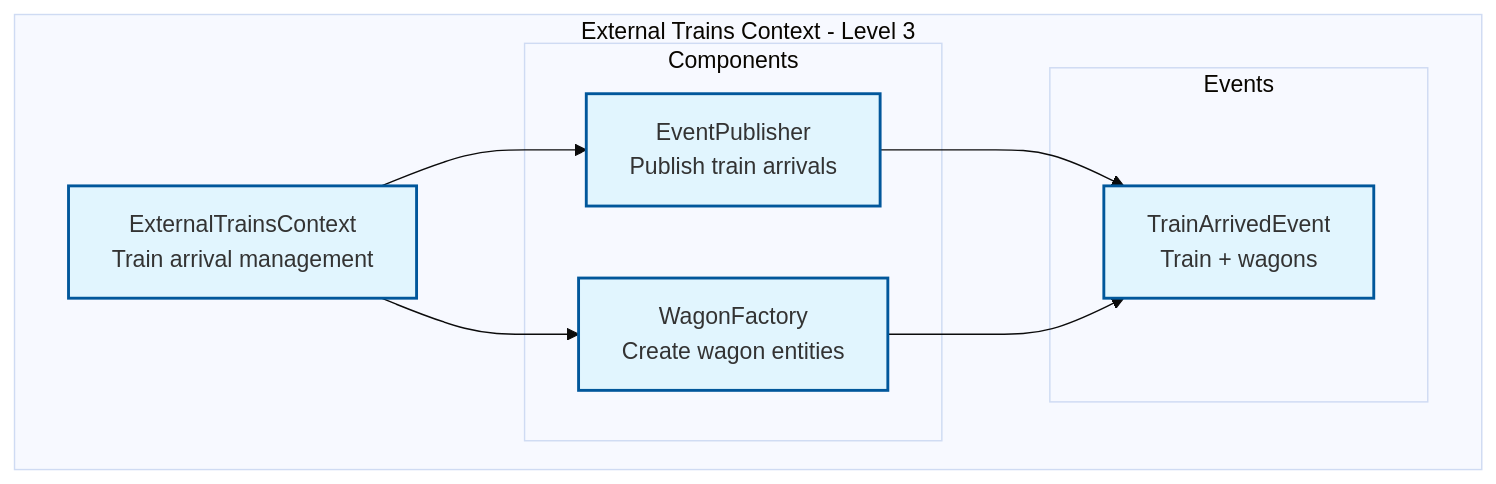
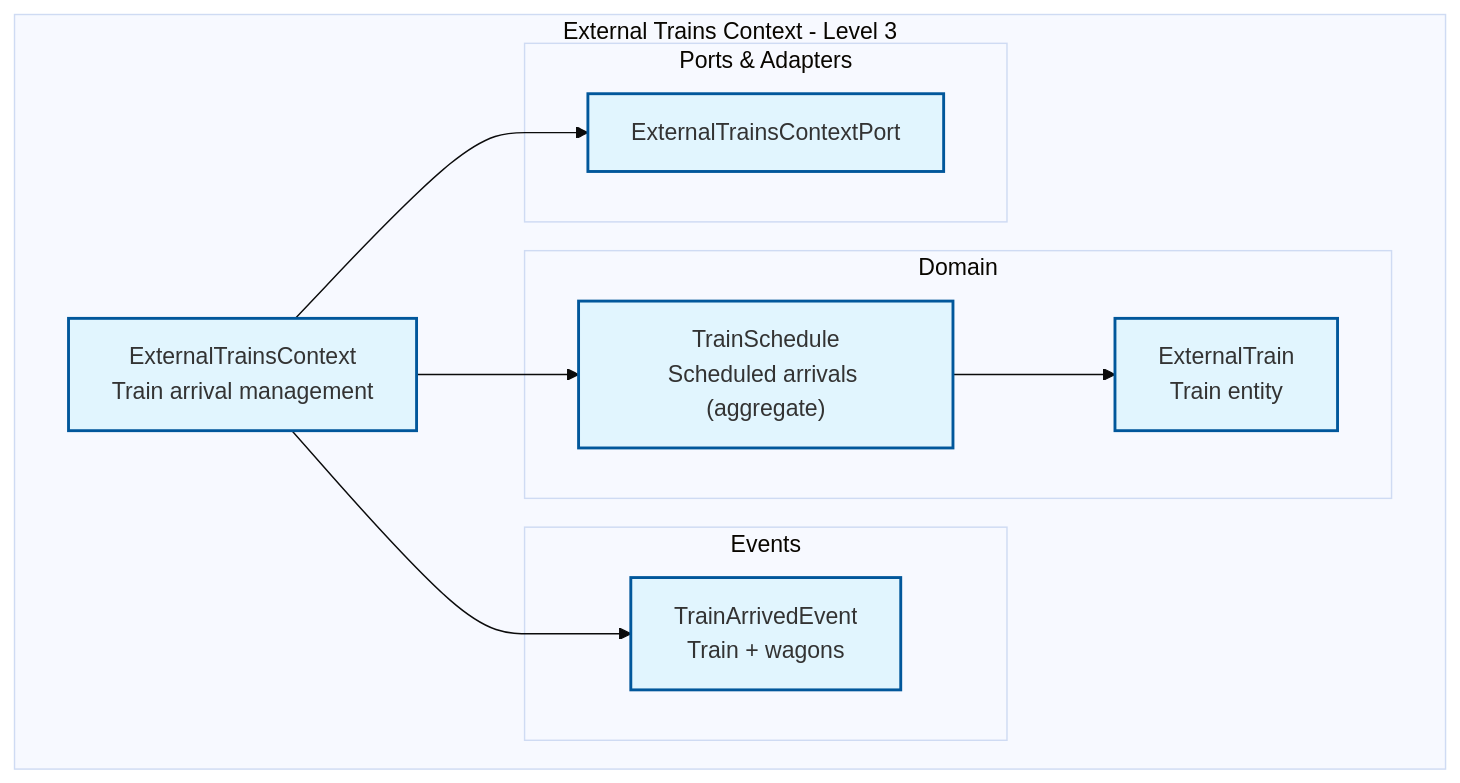
One commit to OpenRailAssociation/dac-migration-dss-popupsim changed the fifth of 7 diagrams in docs/mvp/architecture/05a-level3-implementation.md. Above: the diagram before and after it, drawn with Mermaid (base theme). The commit also changed other lines of this file and 73 other files, not shown here.

````diff
--- a/docs/mvp/architecture/05a-level3-implementation.md
+++ b/docs/mvp/architecture/05a-level3-implementation.md
@@ -255,24 +282,28 @@
 ```mermaid
 graph TB
     subgraph "External Trains Context - Level 3"
         Context["ExternalTrainsContext<br/>Train arrival management"]
         
-        subgraph "Components"
-            Publisher["EventPublisher<br/>Publish train arrivals"]
-            Factory["WagonFactory<br/>Create wagon entities"]
+        subgraph "Domain"
+            Schedule["TrainSchedule<br/>Scheduled arrivals (aggregate)"]
+            Train["ExternalTrain<br/>Train entity"]
         end
         
         subgraph "Events"
             TrainEvent["TrainArrivedEvent<br/>Train + wagons"]
         end
+
+        subgraph "Ports & Adapters"
+            Port["ExternalTrainsContextPort"]
+        end
     end
     
-    Context --> Publisher
-    Context --> Factory
-    Publisher --> TrainEvent
-    Factory --> TrainEvent
+    Context --> Schedule
+    Schedule --> Train
+    Context --> TrainEvent
+    Context --> Port
     
     classDef component fill:#e1f5fe,stroke:#01579b,stroke-width:2px
     
-    class Context,Publisher,Factory,TrainEvent component
+    class Context,Schedule,Train,TrainEvent,Port component
 ```
````
